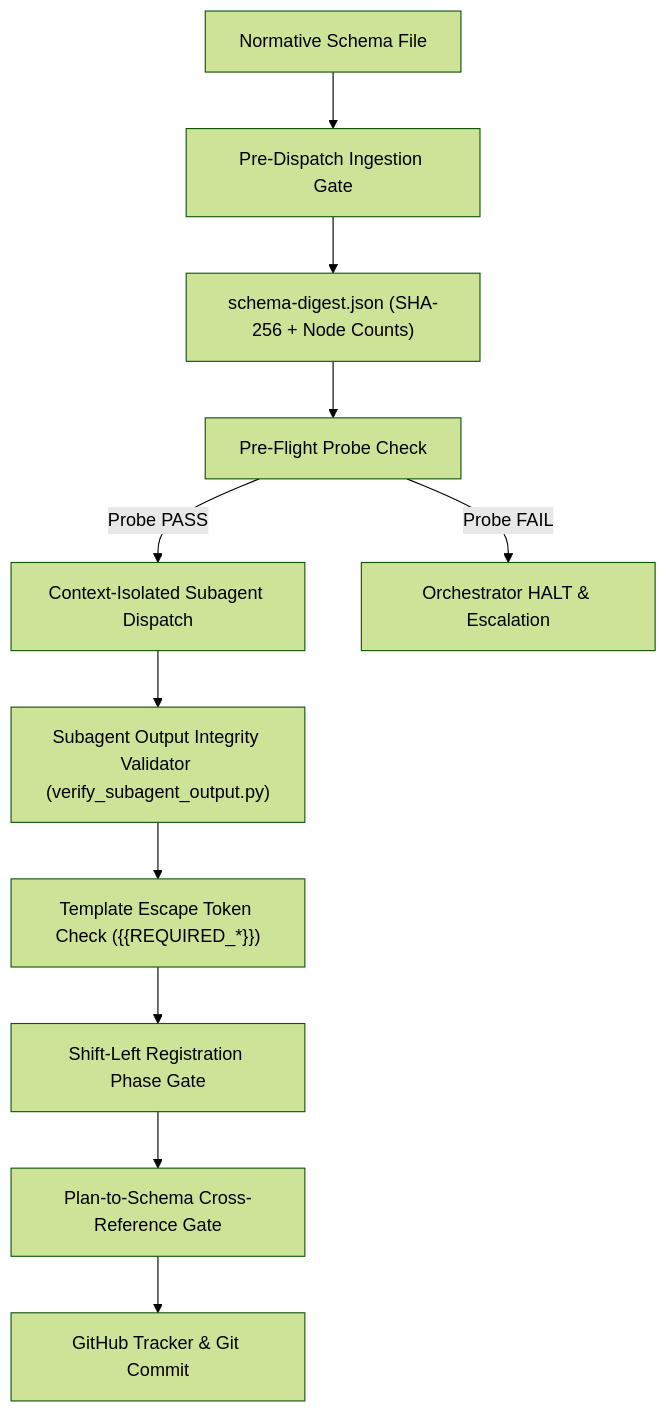
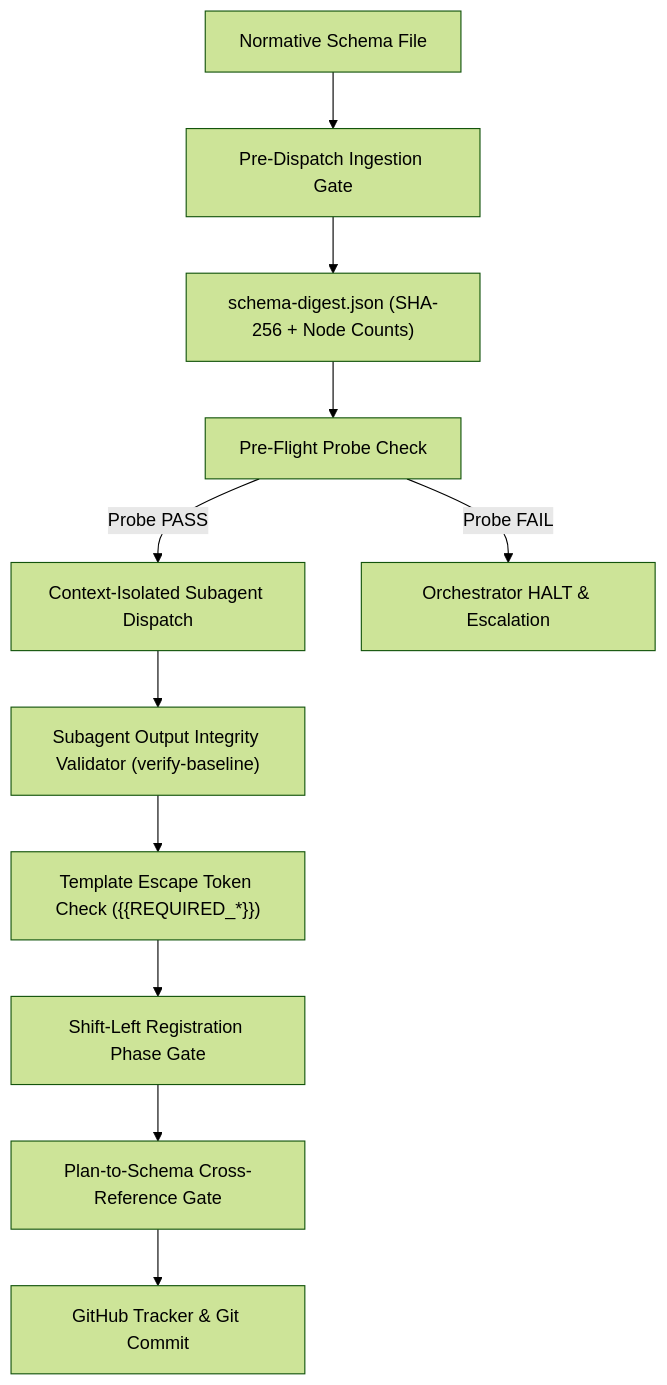
The first of 3 diagrams in docs/designs/six-mechanical-enforcement-gates-blueprint.md (gintatkinson/DEAP01-spec-core), drawn with Mermaid (forest theme) before and after one commit. The commit also changed other lines of this file and 162 other files, not shown here.

Commit message:
feat(verify-baseline,compile-sysml,ingest-sysml,deap-core): enforce Check 36 per-item 7-section docstring gate, Check 33 zero-Python content scanner, FEAT-42 source AST ingestion and docstring synthesizer, and 12-check defect dossier validator (refs #465, #466, #467, #468, #469)

````diff
--- a/docs/designs/six-mechanical-enforcement-gates-blueprint.md
+++ b/docs/designs/six-mechanical-enforcement-gates-blueprint.md
@@ -95,13 +95,13 @@
 ```mermaid
 graph TD
     A["Normative Schema File"] --> B["Pre-Dispatch Ingestion Gate"]
     B --> C["schema-digest.json (SHA-256 + Node Counts)"]
     C --> D["Pre-Flight Probe Check"]
     D -->|"Probe PASS"| E["Context-Isolated Subagent Dispatch"]
     D -->|"Probe FAIL"| F["Orchestrator HALT & Escalation"]
-    E --> G["Subagent Output Integrity Validator (verify_subagent_output.py)"]
+    E --> G["Subagent Output Integrity Validator (verify-baseline)"]
     G --> H["Template Escape Token Check ({{REQUIRED_*}})"]
     H --> I["Shift-Left Registration Phase Gate"]
     I --> J["Plan-to-Schema Cross-Reference Gate"]
     J --> K["GitHub Tracker & Git Commit"]
 ```
````
